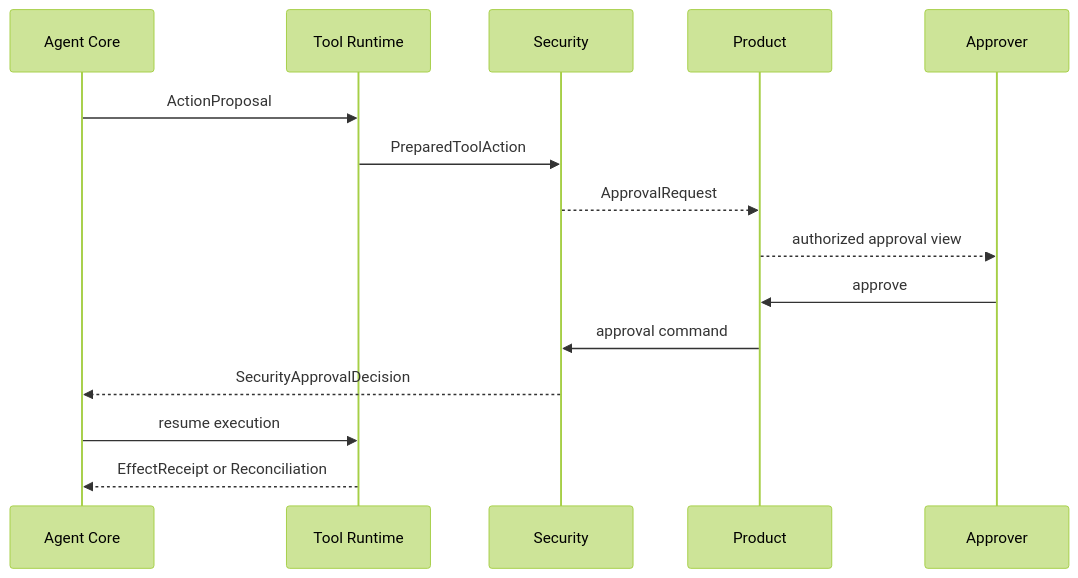
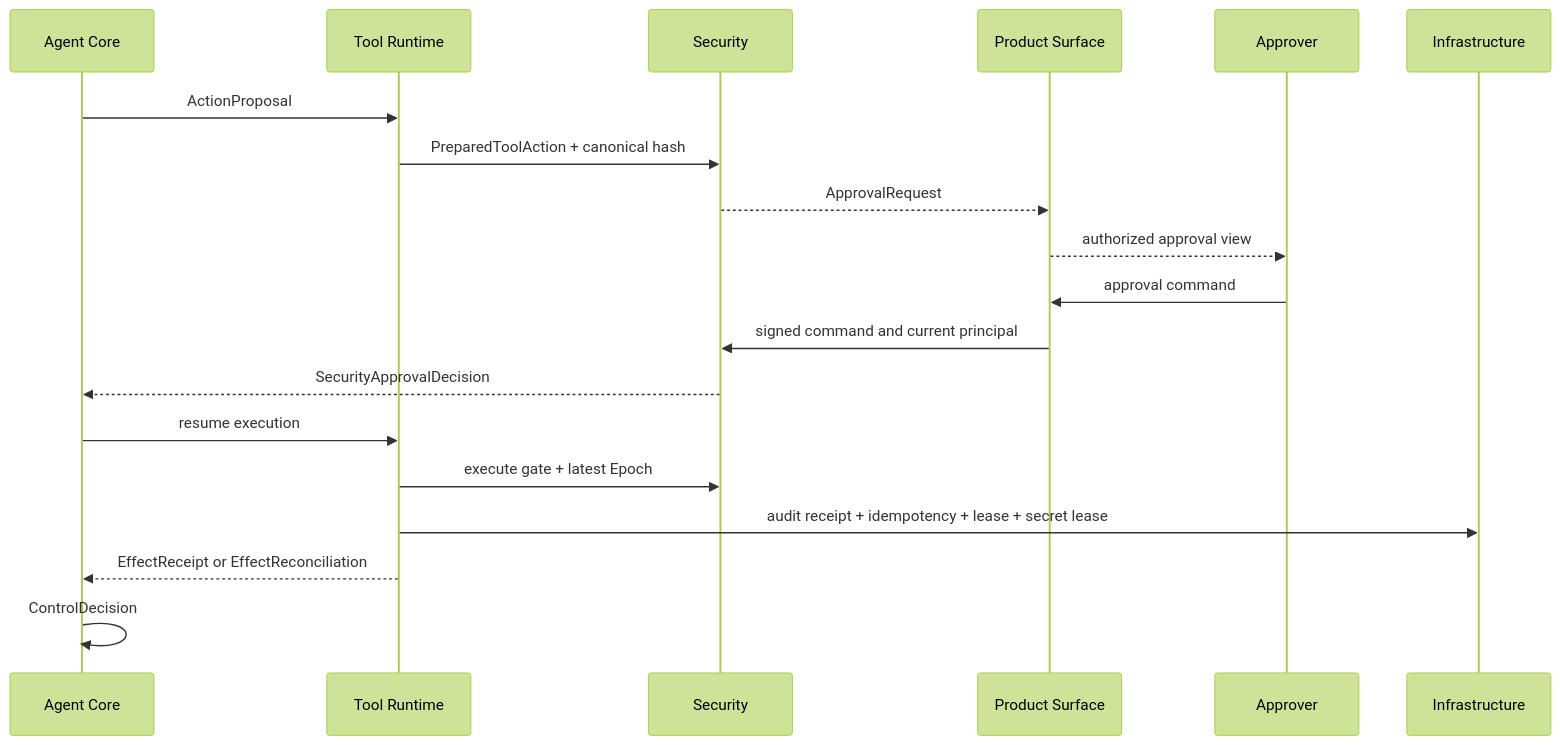
Before and after one commit to ProfessorZhi/Zuno: diagram 14 of 30 in .agent/architecture/architecture-views.md, drawn with Mermaid (forest theme). The commit also changed other lines of this file and 22 other files, not shown here.

Commit message:
docs: realign total architecture with canonical modules

````diff
--- a/.agent/architecture/architecture-views.md
+++ b/.agent/architecture/architecture-views.md
@@ -221,17 +248,21 @@
 ```mermaid
 sequenceDiagram
   participant A as Agent Core
   participant T as Tool Runtime
   participant S as Security
-  participant P as Product
+  participant P as Product Surface
   participant U as Approver
+  participant I as Infrastructure
   A->>T: ActionProposal
-  T->>S: PreparedToolAction
+  T->>S: PreparedToolAction + canonical hash
   S-->>P: ApprovalRequest
   P-->>U: authorized approval view
-  U->>P: approve
-  P->>S: approval command
+  U->>P: approval command
+  P->>S: signed command and current principal
   S-->>A: SecurityApprovalDecision
   A->>T: resume execution
-  T-->>A: EffectReceipt or Reconciliation
+  T->>S: execute gate + latest Epoch
+  T->>I: audit receipt + idempotency + lease + secret lease
+  T-->>A: EffectReceipt or EffectReconciliation
+  A->>A: ControlDecision
 ```
````
